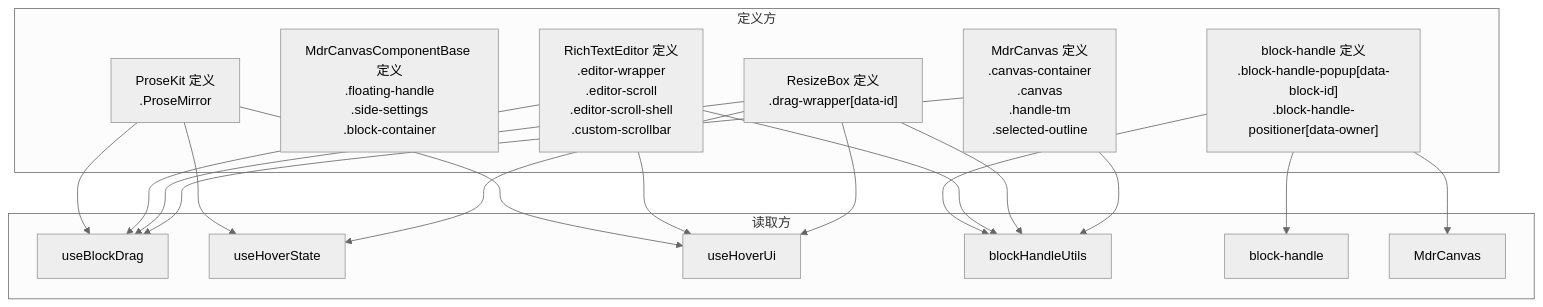
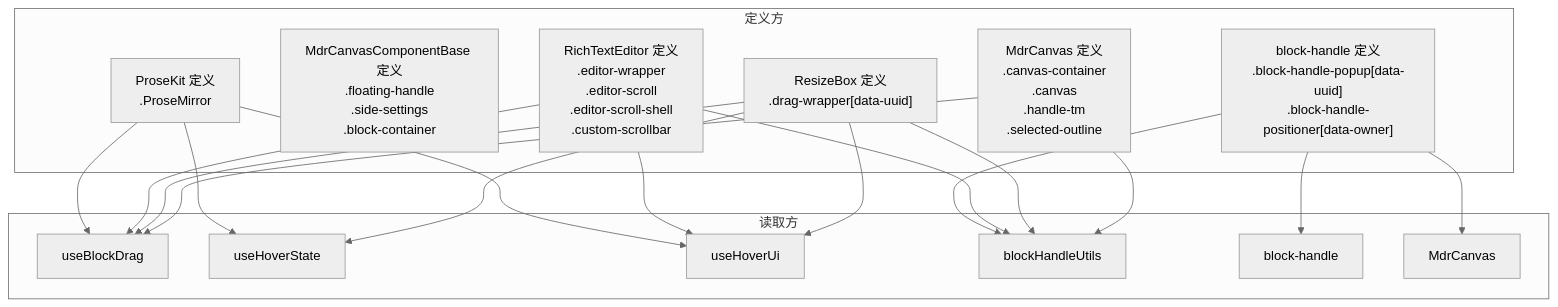
The second of 2 diagrams in src/docs/flow/02-contracts.md (LogicAurora/Mindrizzle), drawn with Mermaid (neutral theme) before and after one commit. The commit also changed other lines of this file and 21 other files, not shown here.

````diff
--- a/src/docs/flow/02-contracts.md
+++ b/src/docs/flow/02-contracts.md
@@ -51,36 +51,36 @@
 ```mermaid
 flowchart TB
   subgraph 定义方
     MC["MdrCanvas 定义<br/>.canvas-container<br/>.canvas<br/>.handle-tm<br/>.selected-outline"]
     MCB["MdrCanvasComponentBase 定义<br/>.floating-handle<br/>.side-settings<br/>.block-container"]
-    RB["ResizeBox 定义<br/>.drag-wrapper[data-id]"]
+    RB["ResizeBox 定义<br/>.drag-wrapper[data-uuid]"]
     RTE["RichTextEditor 定义<br/>.editor-wrapper<br/>.editor-scroll<br/>.editor-scroll-shell<br/>.custom-scrollbar"]
     PK["ProseKit 定义<br/>.ProseMirror"]
-    BH["block-handle 定义<br/>.block-handle-popup[data-block-id]<br/>.block-handle-positioner[data-owner]"]
+    BH["block-handle 定义<br/>.block-handle-popup[data-uuid]<br/>.block-handle-positioner[data-owner]"]
   end
 
   subgraph 读取方
     UBD["useBlockDrag"]
     UHS["useHoverState"]
     UHU["useHoverUi"]
     BHU["blockHandleUtils"]
     BH2["block-handle"]
     MC2["MdrCanvas"]
   end
 
   MC --> UBD
   MC --> BHU
   RB --> UBD
   RB --> UHS
   RB --> UHU
   RB --> BHU
   RTE --> UBD
   RTE --> UHU
   RTE --> BHU
   PK --> UBD
   PK --> UHS
   PK --> UHU
   BH --> BHU
   BH --> BH2
   BH --> MC2
 ```
````
